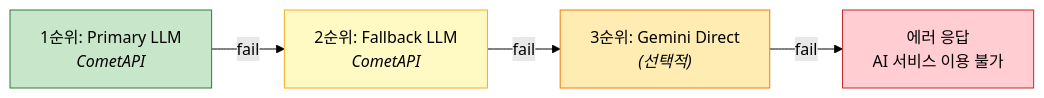
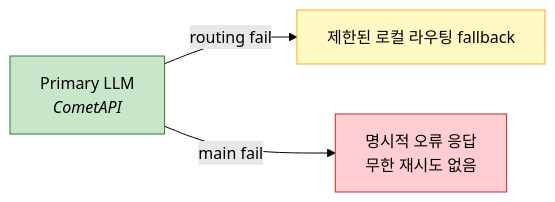
One commit to kim0040/masamong changed diagram 12 of 15 in docs/ARCHITECTURE.ko.md. Above: the diagram before and after it, drawn with Mermaid (forest theme). The commit also changed other lines of this file and 30 other files, not shown here.

````diff
--- a/docs/ARCHITECTURE.ko.md
+++ b/docs/ARCHITECTURE.ko.md
@@ -734,12 +708,10 @@
 ```mermaid
 flowchart LR
-    Try1["1순위: Primary LLM<br/><i>CometAPI</i>"]
-    Try1 -->|"fail"| Try2["2순위: Fallback LLM<br/><i>CometAPI</i>"]
-    Try2 -->|"fail"| Try3["3순위: Gemini Direct<br/><i>(선택적)</i>"]
-    Try3 -->|"fail"| Error["에러 응답<br/>AI 서비스 이용 불가"]
+    Try1["Primary LLM<br/><i>CometAPI</i>"]
+    Try1 -->|"routing fail"| RouteFallback["제한된 로컬 라우팅 fallback"]
+    Try1 -->|"main fail"| Error["명시적 오류 응답<br/>무한 재시도 없음"]
 
     style Try1 fill:#c8e6c9,stroke:#2e7d32
-    style Try2 fill:#fff9c4,stroke:#f9a825
-    style Try3 fill:#ffecb3,stroke:#f57c00
+    style RouteFallback fill:#fff9c4,stroke:#f9a825
     style Error fill:#ffcdd2,stroke:#c62828
 ```
````
